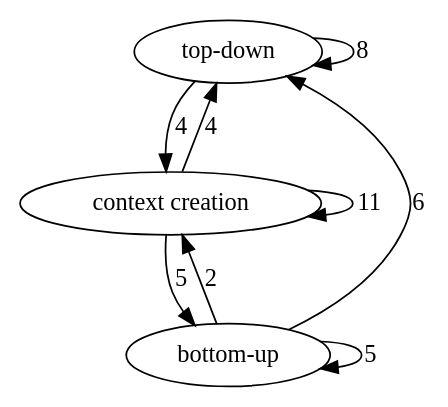
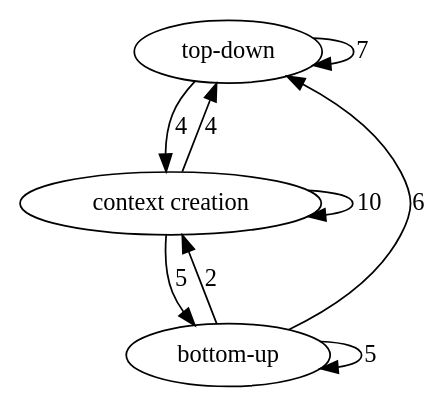
Before and after one commit to dorisjlee/ZV-paper: the diagram in analysis/astro_break_unnormalized.dot, drawn with Graphviz. The commit also changed 35 other files, not shown here.

```diff
--- a/analysis/astro_break_unnormalized.dot
+++ b/analysis/astro_break_unnormalized.dot
@@ -1,13 +1,13 @@
 digraph  {
 "top-down";
 "context creation";
 "bottom-up";
-"top-down" -> "top-down"  [weight=8, label=8];
+"top-down" -> "top-down"  [weight=7, label=7];
 "top-down" -> "context creation"  [weight=4, label=4];
 "context creation" -> "top-down"  [weight=4, label=4];
-"context creation" -> "context creation"  [weight=11, label=11];
+"context creation" -> "context creation"  [weight=10, label=10];
 "context creation" -> "bottom-up"  [weight=5, label=5];
 "bottom-up" -> "top-down"  [weight=6, label=6];
 "bottom-up" -> "context creation"  [weight=2, label=2];
 "bottom-up" -> "bottom-up"  [weight=5, label=5];
 }
```
